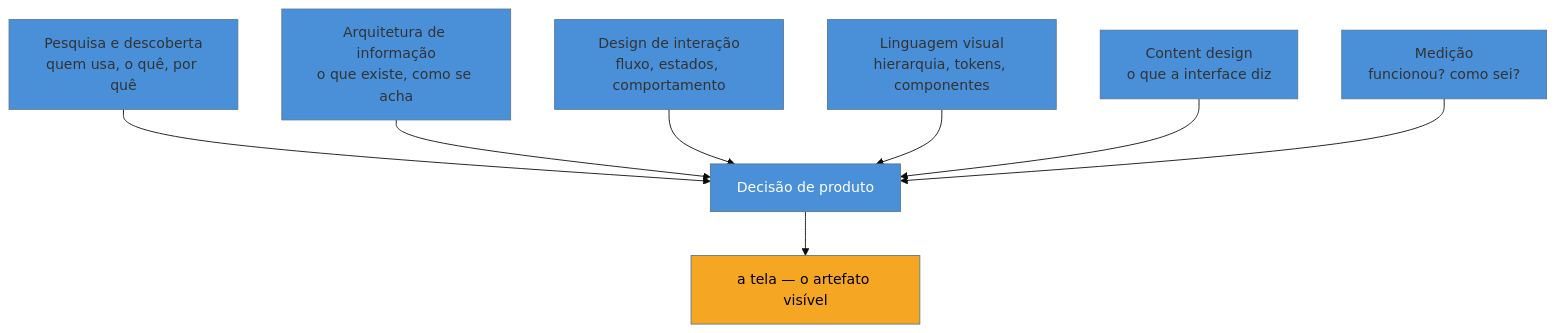
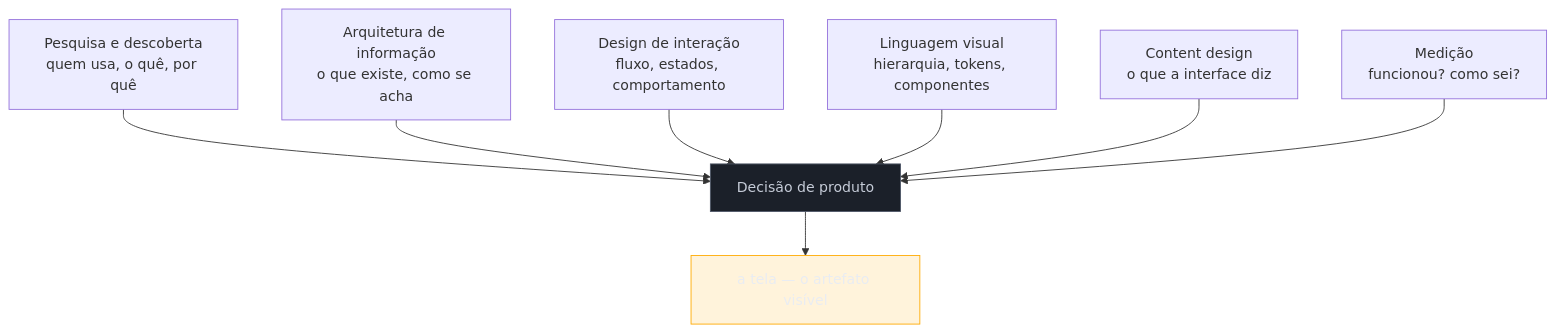
One commit to josenaldo/codex-technomanticus changed the diagram in 03-Dominios/Engenharia/UX/Fundamentos e Modelo Mental/01 - UX não é tela - o ofício e seus limites.md. Above: the diagram before and after it, drawn with Mermaid. The commit also changed 1181 other files, not shown here.

First line of the commit message:
fix(diagramas): paleta do sistema no lugar de cor cravada no markdown

````diff
--- a/03-Dominios/Engenharia/UX/Fundamentos e Modelo Mental/01 - UX não é tela - o ofício e seus limites.md
+++ b/03-Dominios/Engenharia/UX/Fundamentos e Modelo Mental/01 - UX não é tela - o ofício e seus limites.md
@@ -39,13 +39,14 @@
 ```mermaid
-%%{init: {"theme": "base", "themeVariables": {"primaryColor": "#4A90D9"}}}%%
 graph TD
+    classDef destaque fill:#FFAA0024,stroke:#FFAA00,color:#E9ECF2
+    classDef neutro fill:#1B2029,stroke:#4E5666,color:#C6CCD8
     P["Pesquisa e descoberta<br/>quem usa, o quê, por quê"] --> D["Decisão de produto"]
     AI["Arquitetura de informação<br/>o que existe, como se acha"] --> D
     IX["Design de interação<br/>fluxo, estados, comportamento"] --> D
     LV["Linguagem visual<br/>hierarquia, tokens, componentes"] --> D
     CD["Content design<br/>o que a interface diz"] --> D
     M["Medição<br/>funcionou? como sei?"] --> D
     D --> T["a tela — o artefato visível"]
-    style T fill:#F5A623,color:#000
-    style D fill:#4A90D9,color:#fff
+    class T destaque
+    class D neutro
 ```
````
